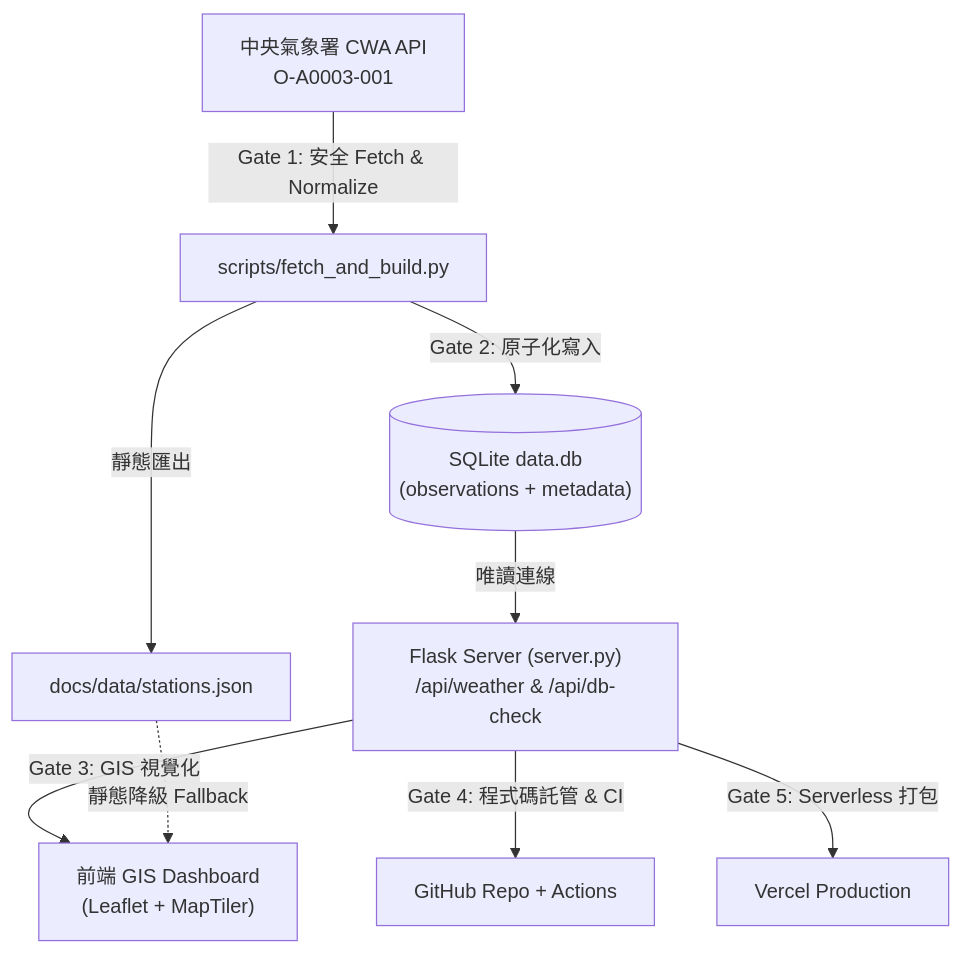
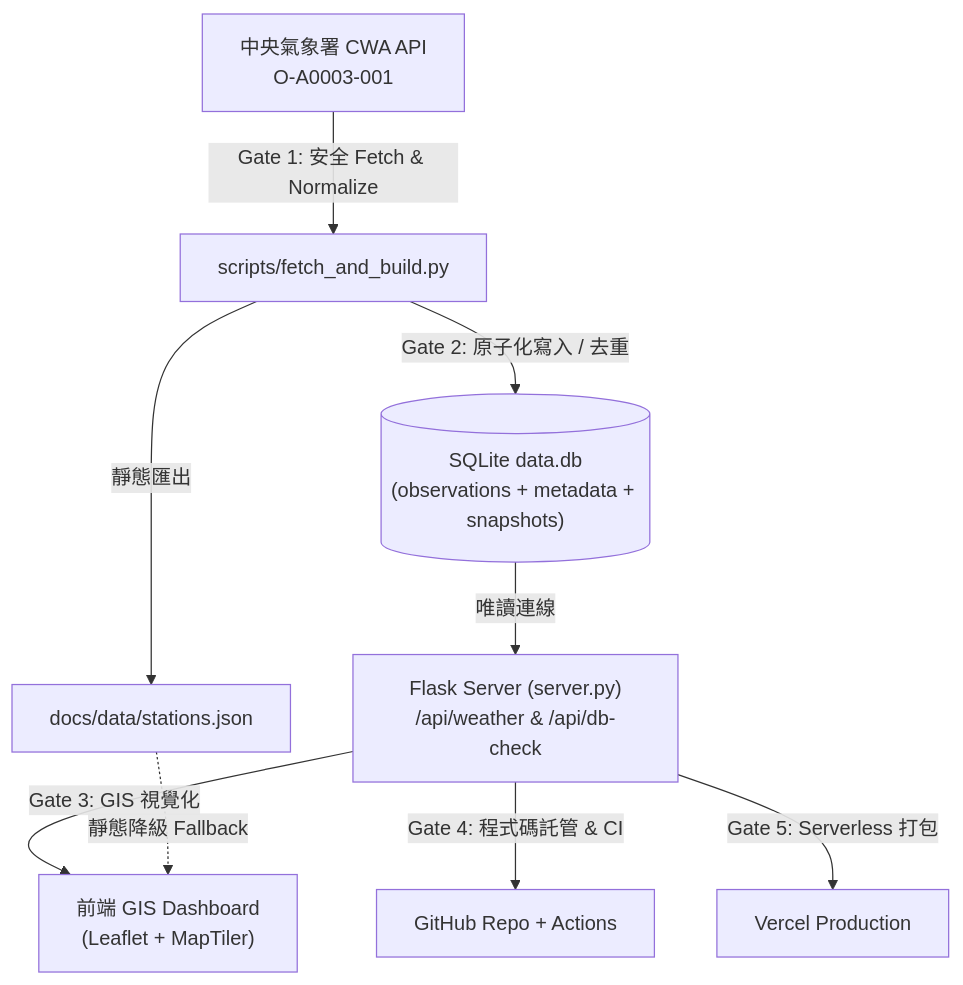
The diagram in README.md (prometheans152/0923), drawn with Mermaid before and after one commit. The commit also changed other lines of this file and 2 other files, not shown here.

````diff
--- a/README.md
+++ b/README.md
@@ -36,11 +36,11 @@
 ```mermaid
 flowchart TD
     A["中央氣象署 CWA API<br/>O-A0003-001"] -->|Gate 1: 安全 Fetch & Normalize| B["scripts/fetch_and_build.py"]
-    B -->|Gate 2: 原子化寫入| C[("SQLite data.db<br/>(observations + metadata)")]
+    B -->|Gate 2: 原子化寫入 / 去重| C[("SQLite data.db<br/>(observations + metadata + snapshots)")]
     B -->|靜態匯出| D["docs/data/stations.json"]
     C -->|唯讀連線| E["Flask Server (server.py)<br/>/api/weather & /api/db-check"]
     E -->|Gate 3: GIS 視覺化| F["前端 GIS Dashboard<br/>(Leaflet + MapTiler)"]
     D -.->|靜態降級 Fallback| F
     E -->|Gate 4: 程式碼託管 & CI| G["GitHub Repo + Actions"]
     E -->|Gate 5: Serverless 打包| H["Vercel Production"]
 ```
````
